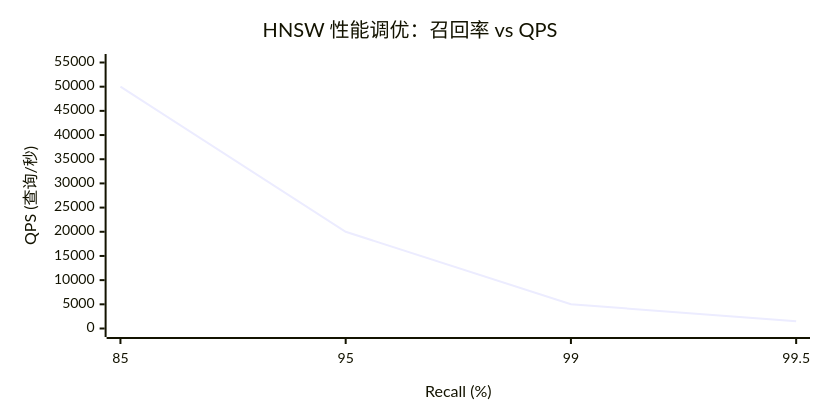
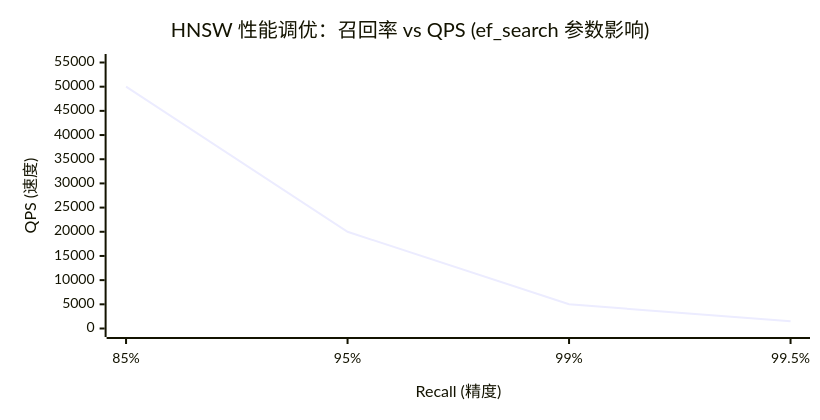
Before and after one commit to ThreeFish-AI/agentic-ai-cognizes: diagram 34 of 38 in docs/research/003-vector-search-algorithm.md, drawn with Mermaid. The commit also changed other lines of this file, not shown here.

````diff
--- a/docs/research/003-vector-search-algorithm.md
+++ b/docs/research/003-vector-search-algorithm.md
@@ -2337,19 +2339,19 @@
 ```mermaid
 ---
 config:
     xyChart:
         width: 800
         height: 400
         xAxis:
             titlePadding: 10
             labelPadding: 5
         yAxis:
             titlePadding: 10
             labelPadding: 5
 ---
 xychart-beta
-    title "HNSW 性能调优：召回率 vs QPS"
-    x-axis "Recall (%)" [85, 95, 99, 99.5]
-    y-axis "QPS (查询/秒)" 0 --> 55000
+    title "HNSW 性能调优：召回率 vs QPS (ef_search 参数影响)"
+    x-axis "Recall (精度)" ["85%", "95%", "99%", "99.5%"]
+    y-axis "QPS (速度)" 0 --> 55000
     line [50000, 20000, 5000, 1500]
 ```
````
